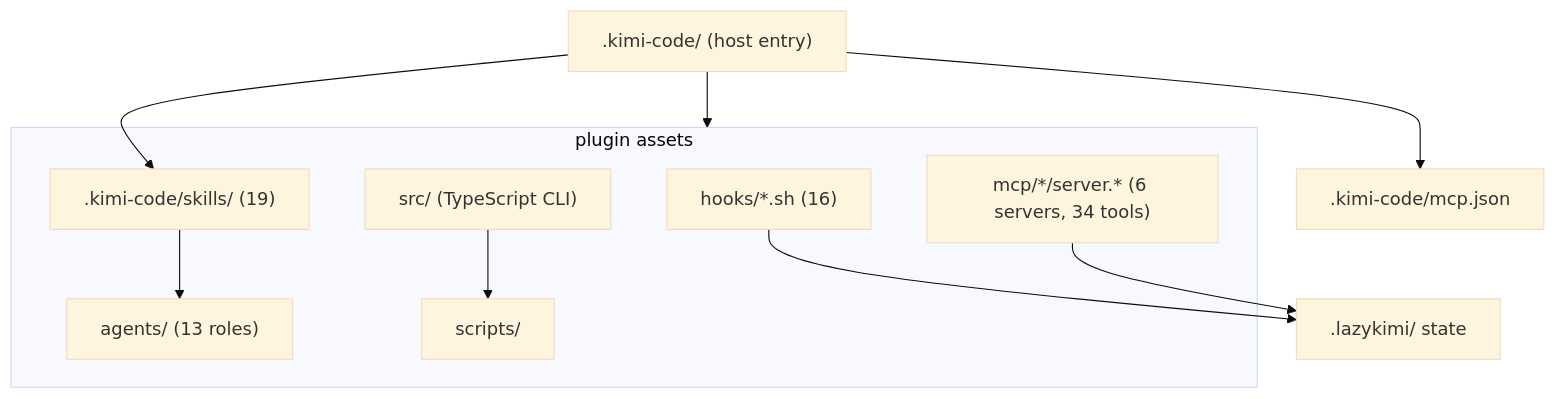
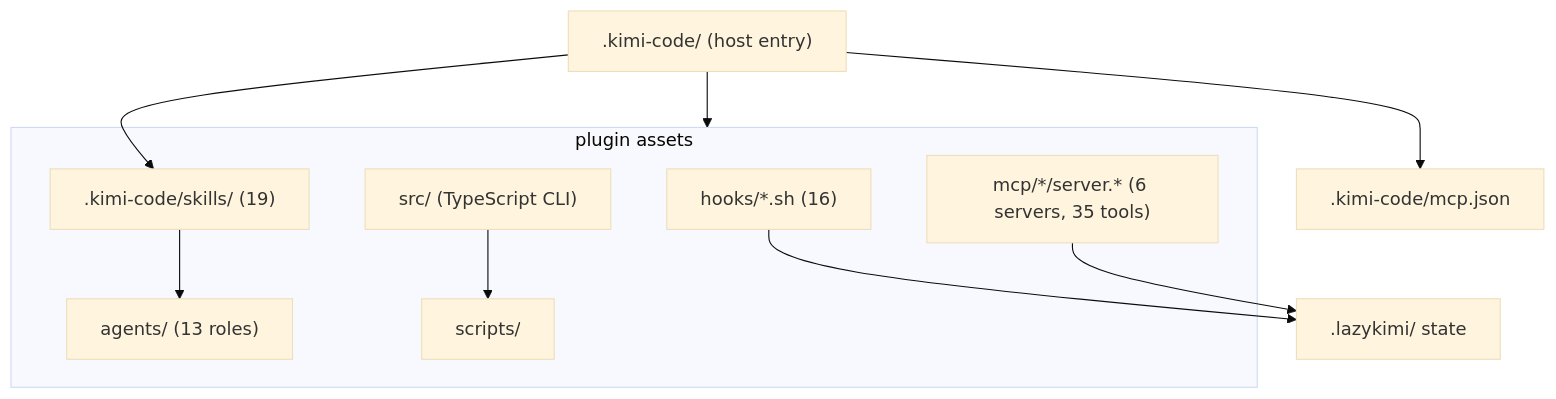
Before and after one commit to elvinzhao10/LazyKimi: the diagram in lazykimi-plugin/docs/07-package-map.md, drawn with Mermaid (base theme). The commit also changed 59 other files, not shown here.

````diff
--- a/lazykimi-plugin/docs/07-package-map.md
+++ b/lazykimi-plugin/docs/07-package-map.md
@@ -7,18 +7,18 @@
 ```mermaid
 flowchart TB
     KCDot[".kimi-code/ (host entry)"] --> Assets
     subgraph Assets["plugin assets"]
       Skills[".kimi-code/skills/ (19)"]
       Agents["agents/ (13 roles)"]
       HookScripts["hooks/*.sh (16)"]
-      MCP["mcp/*/server.* (6 servers, 34 tools)"]
+      MCP["mcp/*/server.* (6 servers, 35 tools)"]
       CLI["src/ (TypeScript CLI)"]
       Scripts["scripts/"]
     end
     KCDot --> Skills
     KCDot --> MCPDecl[".kimi-code/mcp.json"]
     Skills --> Agents
     HookScripts --> State[".lazykimi/ state"]
     MCP --> State
     CLI --> Scripts
 ```
````
